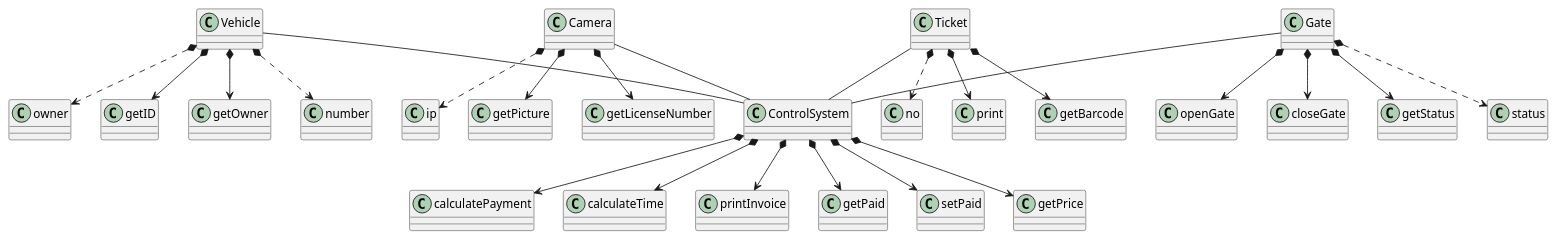
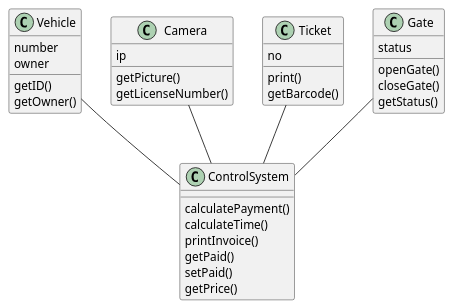
Before and after one commit to billymontolalu/thesis: the diagram in src/parkiran/viewer.puml, drawn with PlantUML. The commit also changed 7 other files, not shown here.

```diff
--- a/src/parkiran/viewer.puml
+++ b/src/parkiran/viewer.puml
@@ -1,26 +1,26 @@
 @startuml
-Vehicle *..> number
-Vehicle *..> owner
-Vehicle *--> getID
-Vehicle *--> getOwner
+Vehicle : number
+Vehicle : owner
+Vehicle : getID()
+Vehicle : getOwner()
 Vehicle -- ControlSystem
-ControlSystem *--> calculatePayment
-ControlSystem *--> calculateTime
-Camera *..> ip
-Camera *--> getPicture
-Camera *--> getLicenseNumber
-ControlSystem *--> printInvoice
-ControlSystem *--> getPaid
-ControlSystem *--> setPaid
-ControlSystem *--> getPrice
-Ticket *..> no
-Ticket *--> print
-Ticket *--> getBarcode
-Gate *..> status
-Gate *--> openGate
-Gate *--> closeGate
-Gate *--> getStatus
+ControlSystem : calculatePayment()
+ControlSystem : calculateTime()
+Camera : ip
+Camera : getPicture()
+Camera : getLicenseNumber()
+ControlSystem : printInvoice()
+ControlSystem : getPaid()
+ControlSystem : setPaid()
+ControlSystem : getPrice()
+Ticket : no
+Ticket : print()
+Ticket : getBarcode()
+Gate : status
+Gate : openGate()
+Gate : closeGate()
+Gate : getStatus()
 Camera -- ControlSystem
 Gate -- ControlSystem
 Ticket -- ControlSystem
 @enduml
```
